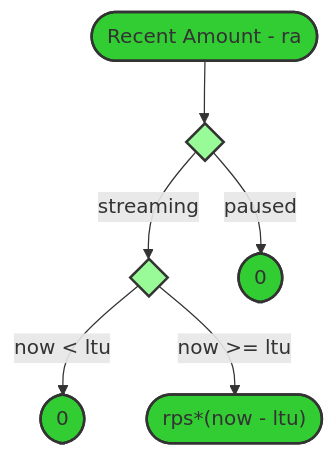
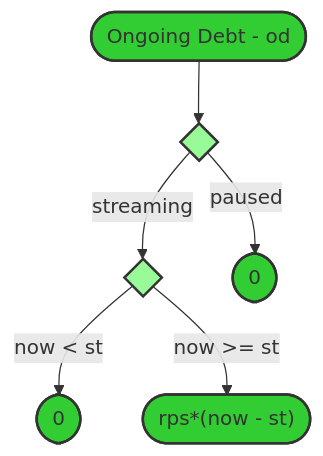
The fifth of 8 diagrams in diagrams.md (sablier-labs/lockup), drawn with Mermaid before and after one commit. The commit also changed other lines of this file and 94 other files, not shown here.

````diff
--- a/diagrams.md
+++ b/diagrams.md
@@ -169,18 +169,18 @@
 ```mermaid
 flowchart TD
-rca([Recent Amount - ra]):::green1
+rca([Ongoing Debt - od]):::green1
 di0{ }:::green0
 di1{ }:::green0
 res_00([0 ]):::green1
 res_01([0 ]):::green1
-res_rca(["rps*(now - ltu)"]):::green1
+res_rca(["rps*(now - st)"]):::green1
 
 rca --> di0
 di0 -- "streaming" --> di1
 di0 -- "paused" --> res_00
-di1 -- "now < ltu" --> res_01
-di1 -- "now >= ltu" --> res_rca
+di1 -- "now < st" --> res_01
+di1 -- "now >= st" --> res_rca
 
 classDef green0 fill:#98FB98,stroke:#333,stroke-width:2px;
 classDef green1 fill:#32cd32,stroke:#333,stroke-width:2px;
 ```
````
